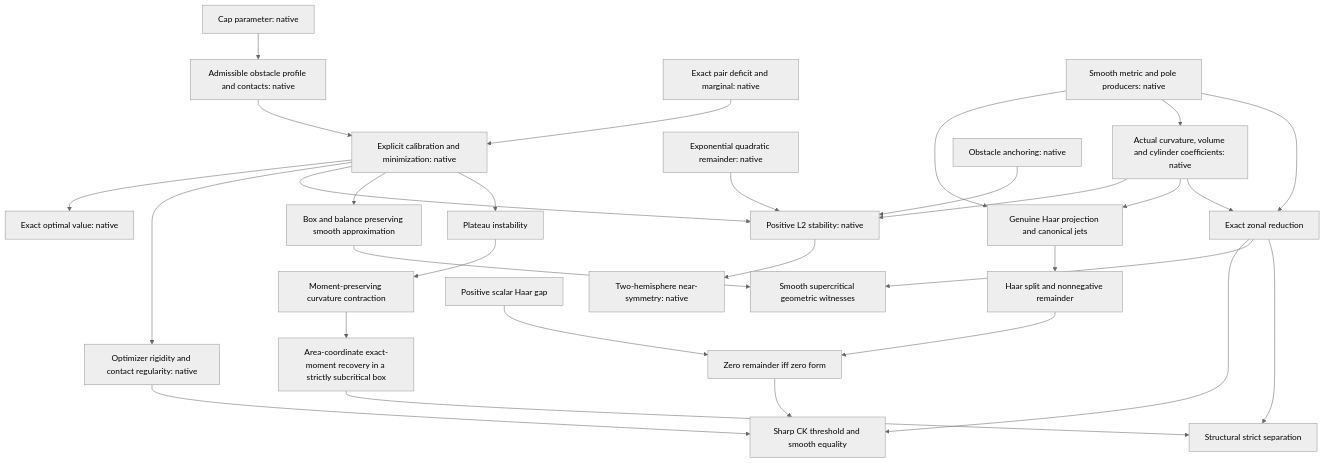
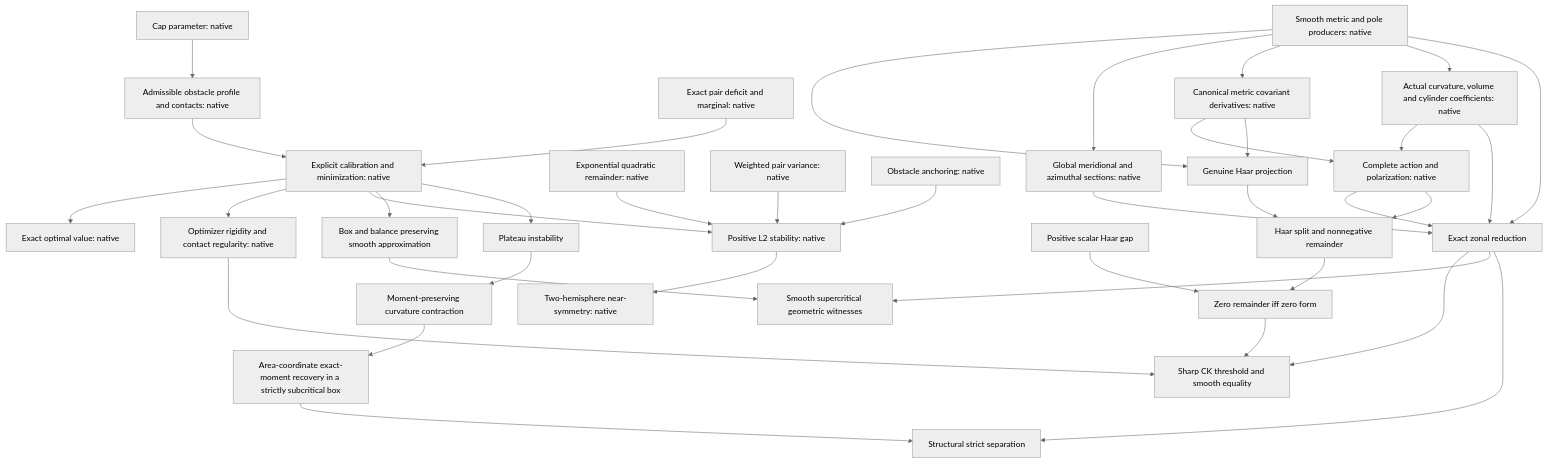
One commit to qinz1yang/ricci-flow-sharp-estimate changed the diagram in docs/mathematical-status.md. Above: the diagram before and after it, drawn with Mermaid (neutral theme). The commit also changed other lines of this file and 59 other files, not shown here.

Commit message:
Construct global one-forms and canonical complete Hodge dissipation

````diff
--- a/docs/mathematical-status.md
+++ b/docs/mathematical-status.md
@@ -62,32 +66,39 @@
 ```mermaid
 flowchart TD
   P[Cap parameter: native] --> O[Admissible obstacle profile and contacts: native]
   D[Exact pair deficit and marginal: native] --> C[Explicit calibration and minimization: native]
   C --> OV[Exact optimal value: native]
   O --> C
   C --> R[Optimizer rigidity and contact regularity: native]
   E[Exponential quadratic remainder: native] --> S[Positive L2 stability: native]
-  V[Weighted pair variance: native] --> S
+  VAR[Weighted pair variance: native] --> S
   A[Obstacle anchoring: native] --> S
   C --> S
   S --> N[Two-hemisphere near-symmetry: native]
-  G[Smooth metric and pole producers: native] --> H[Genuine Haar projection and canonical jets]
-  G --> V[Actual curvature, volume and cylinder coefficients: native]
-  V --> H
-  V --> J
+  G[Smooth metric and pole producers: native] --> H[Genuine Haar projection]
+  G --> SEC[Global meridional and azimuthal sections: native]
+  G --> CJ[Canonical metric covariant derivatives: native]
+  CJ --> ACT[Complete action and polarization: native]
+  CJ --> H
+  G --> CV[Actual curvature, volume and cylinder coefficients: native]
+  CV --> ACT
+  CV --> J
   G --> J[Exact zonal reduction]
+  SEC --> J
+  ACT --> J
   H --> Q[Haar split and nonnegative remainder]
+  ACT --> Q
   W[Positive scalar Haar gap] --> Z[Zero remainder iff zero form]
   Q --> Z
   R --> CK[Sharp CK threshold and smooth equality]
   Z --> CK
   J --> CK
   C --> B[Box and balance preserving smooth approximation]
   B --> X[Smooth supercritical geometric witnesses]
   J --> X
   T[Plateau instability] --> TC[Moment-preserving curvature contraction]
   TC --> F[Area-coordinate exact-moment recovery in a strictly subcritical box]
   F --> SEP[Structural strict separation]
   C --> T
   J --> SEP
 ```
````
